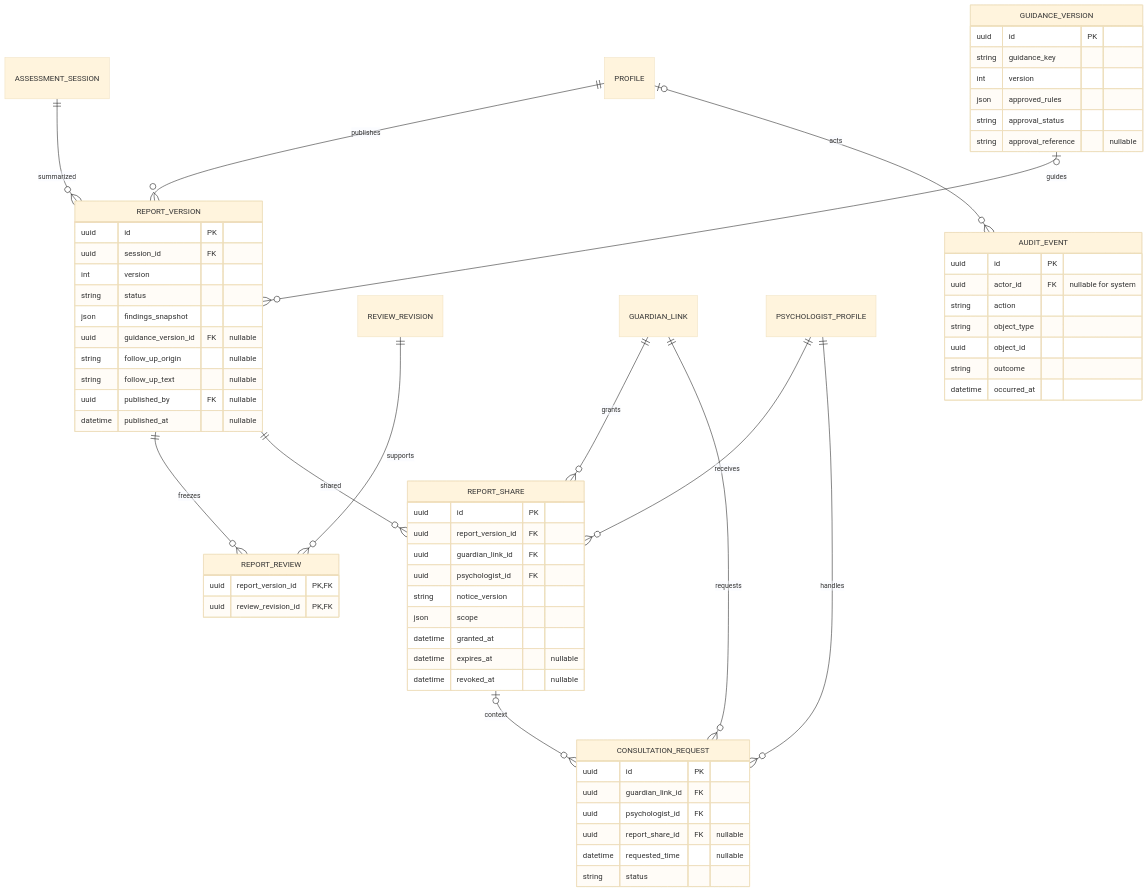
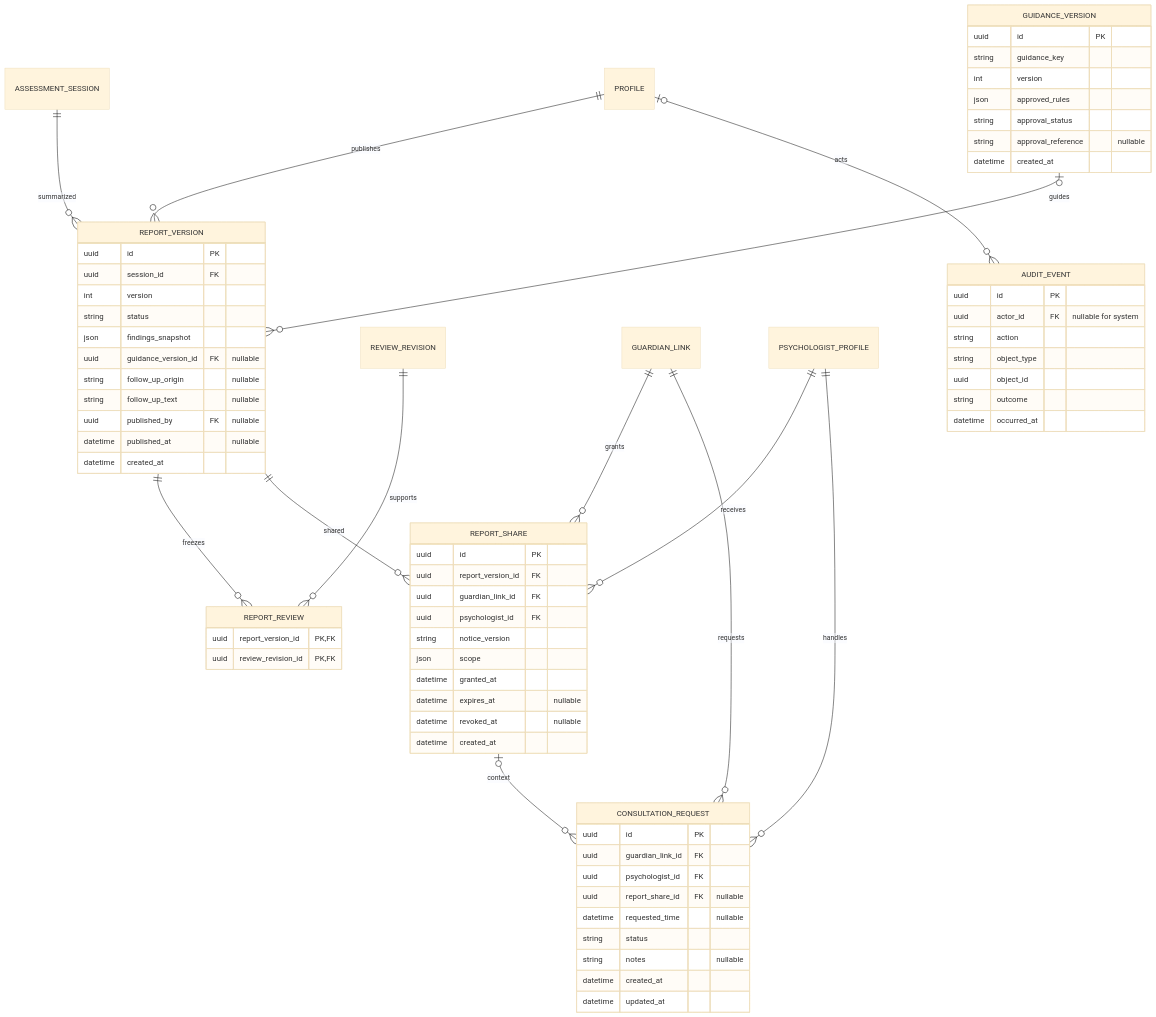
Before and after one commit to jajakiman/Dyscovery: the third of 3 diagrams in Docs/Dyscovery-ERD.md, drawn with Mermaid (base theme). The commit also changed other lines of this file and 3 other files, not shown here.

````diff
--- a/Docs/Dyscovery-ERD.md
+++ b/Docs/Dyscovery-ERD.md
@@ -258,68 +302,74 @@
 ```mermaid
 erDiagram
     ASSESSMENT_SESSION ||--o{ REPORT_VERSION : summarized
     PROFILE ||--o{ REPORT_VERSION : publishes
     REPORT_VERSION ||--o{ REPORT_REVIEW : freezes
     REVIEW_REVISION ||--o{ REPORT_REVIEW : supports
     GUIDANCE_VERSION o|--o{ REPORT_VERSION : guides
     REPORT_VERSION ||--o{ REPORT_SHARE : shared
     GUARDIAN_LINK ||--o{ REPORT_SHARE : grants
     PSYCHOLOGIST_PROFILE ||--o{ REPORT_SHARE : receives
     GUARDIAN_LINK ||--o{ CONSULTATION_REQUEST : requests
     PSYCHOLOGIST_PROFILE ||--o{ CONSULTATION_REQUEST : handles
     REPORT_SHARE o|--o{ CONSULTATION_REQUEST : context
     PROFILE o|--o{ AUDIT_EVENT : acts
 
     GUIDANCE_VERSION {
         uuid id PK
         string guidance_key
         int version
         json approved_rules
         string approval_status
         string approval_reference "nullable"
+        datetime created_at
     }
     REPORT_VERSION {
         uuid id PK
         uuid session_id FK
         int version
         string status
         json findings_snapshot
         uuid guidance_version_id FK "nullable"
         string follow_up_origin "nullable"
         string follow_up_text "nullable"
         uuid published_by FK "nullable"
         datetime published_at "nullable"
+        datetime created_at
     }
     REPORT_REVIEW {
         uuid report_version_id PK, FK
         uuid review_revision_id PK, FK
     }
     REPORT_SHARE {
         uuid id PK
         uuid report_version_id FK
         uuid guardian_link_id FK
         uuid psychologist_id FK
         string notice_version
         json scope
         datetime granted_at
         datetime expires_at "nullable"
         datetime revoked_at "nullable"
+        datetime created_at
     }
     CONSULTATION_REQUEST {
         uuid id PK
         uuid guardian_link_id FK
         uuid psychologist_id FK
         uuid report_share_id FK "nullable"
         datetime requested_time "nullable"
         string status
+        string notes "nullable"
+        datetime created_at
+        datetime updated_at
     }
     AUDIT_EVENT {
         uuid id PK
         uuid actor_id FK "nullable for system"
         string action
         string object_type
         uuid object_id
         string outcome
         datetime occurred_at
     }
 ```
````
